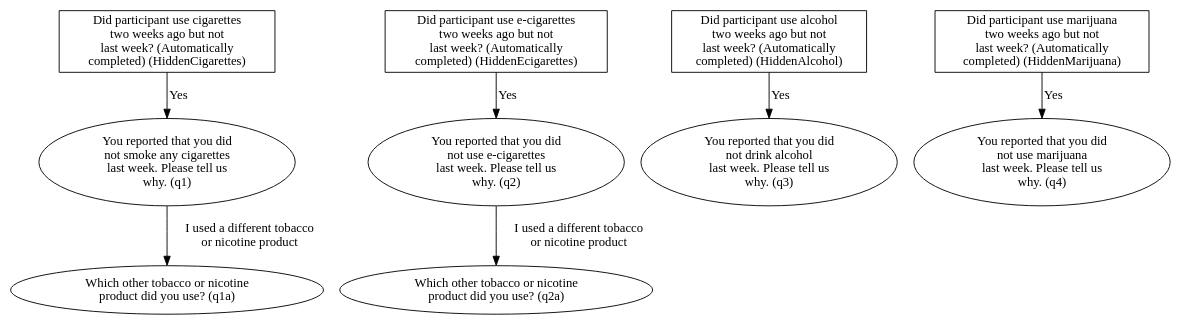
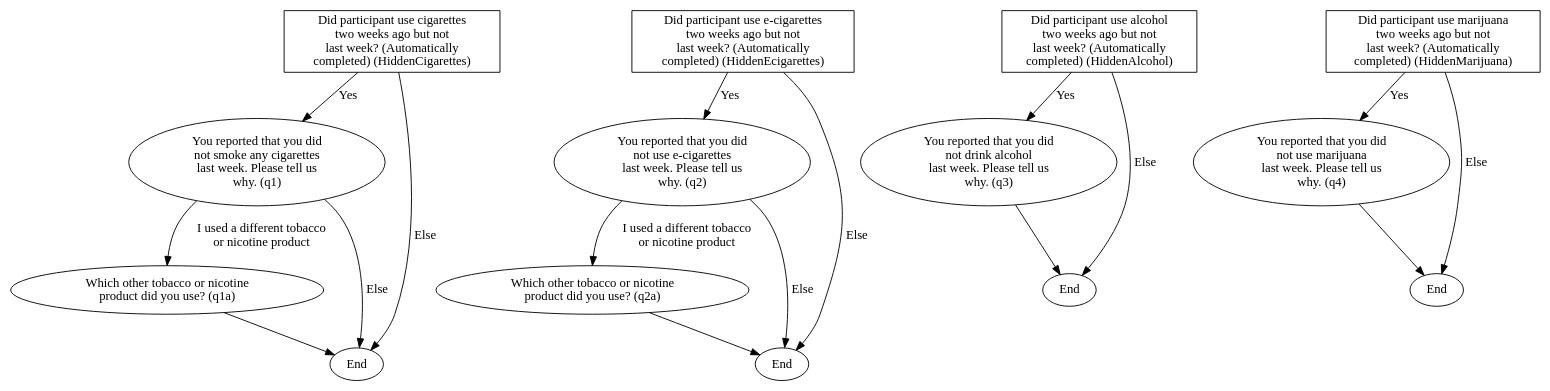
One commit to dbrazel/cotwins-flowcharts changed the diagram in intermittent_use.dot. Above: the diagram before and after it, drawn with Graphviz. The commit also changed 3 other files, not shown here.

```diff
--- a/intermittent_use.dot
+++ b/intermittent_use.dot
@@ -1,28 +1,43 @@
 digraph {
 	//Nodes (Questions)
 	HiddenCigarettes[label="Did participant use cigarettes\ntwo weeks ago but not\nlast week? (Automatically\ncompleted) (HiddenCigarettes)", shape=box]
 	HiddenEcigarettes[label="Did participant use e-cigarettes\ntwo weeks ago but not\nlast week? (Automatically\ncompleted) (HiddenEcigarettes)", shape=box]
 	HiddenAlcohol[label="Did participant use alcohol\ntwo weeks ago but not\nlast week? (Automatically\ncompleted) (HiddenAlcohol)", shape=box]
 	HiddenMarijuana[label="Did participant use marijuana\ntwo weeks ago but not\nlast week? (Automatically\ncompleted) (HiddenMarijuana)", shape=box]
 
 	q1[label="You reported that you did\nnot smoke any cigarettes\nlast week. Please tell us\nwhy. (q1)"]
 	q1a[label="Which other tobacco or nicotine\nproduct did you use? (q1a)"]
 
 	q2[label="You reported that you did\nnot use e-cigarettes\nlast week. Please tell us\nwhy. (q2)"]
 	q2a[label="Which other tobacco or nicotine\nproduct did you use? (q2a)"]
 
 	q3[label="You reported that you did\nnot drink alcohol\nlast week. Please tell us\nwhy. (q3)"]
 
 	q4[label="You reported that you did\nnot use marijuana\nlast week. Please tell us\nwhy. (q4)"]
 
+	End1[label="End"]
+	End2[label="End"]
+	End3[label="End"]
+	End4[label="End"]
+
 	//Edges (Routing Logic)
 	HiddenCigarettes -> q1[label="Yes"]
+	HiddenCigarettes -> End1[label="Else"]
 	q1 -> q1a[label="I used a different tobacco\nor nicotine product"]
+	q1 -> End1[label="Else"]
+	q1a -> End1
 
 	HiddenEcigarettes -> q2[label="Yes"]
+	HiddenEcigarettes -> End2[label="Else"]
 	q2 -> q2a[label="I used a different tobacco\nor nicotine product"]
+	q2 -> End2[label="Else"]
+	q2a -> End2
 
 	HiddenAlcohol -> q3[label="Yes"]
+	HiddenAlcohol -> End3[label="Else"]
+	q3 -> End3
 
 	HiddenMarijuana -> q4[label="Yes"]
+	HiddenMarijuana -> End4[label="Else"]
+	q4 -> End4
 }
```
